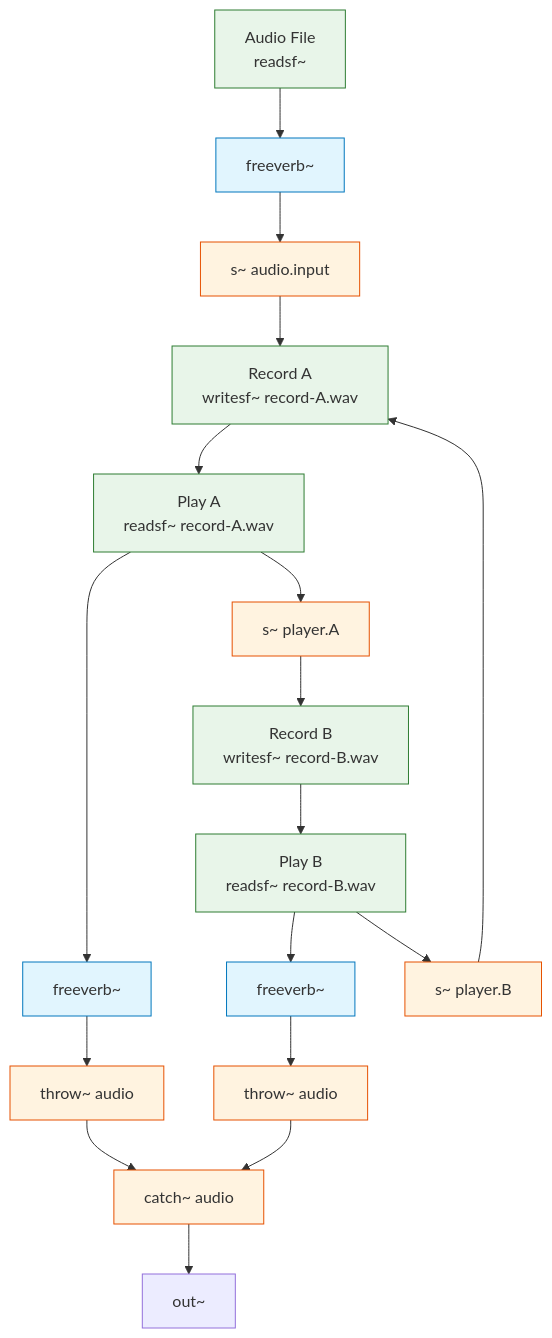
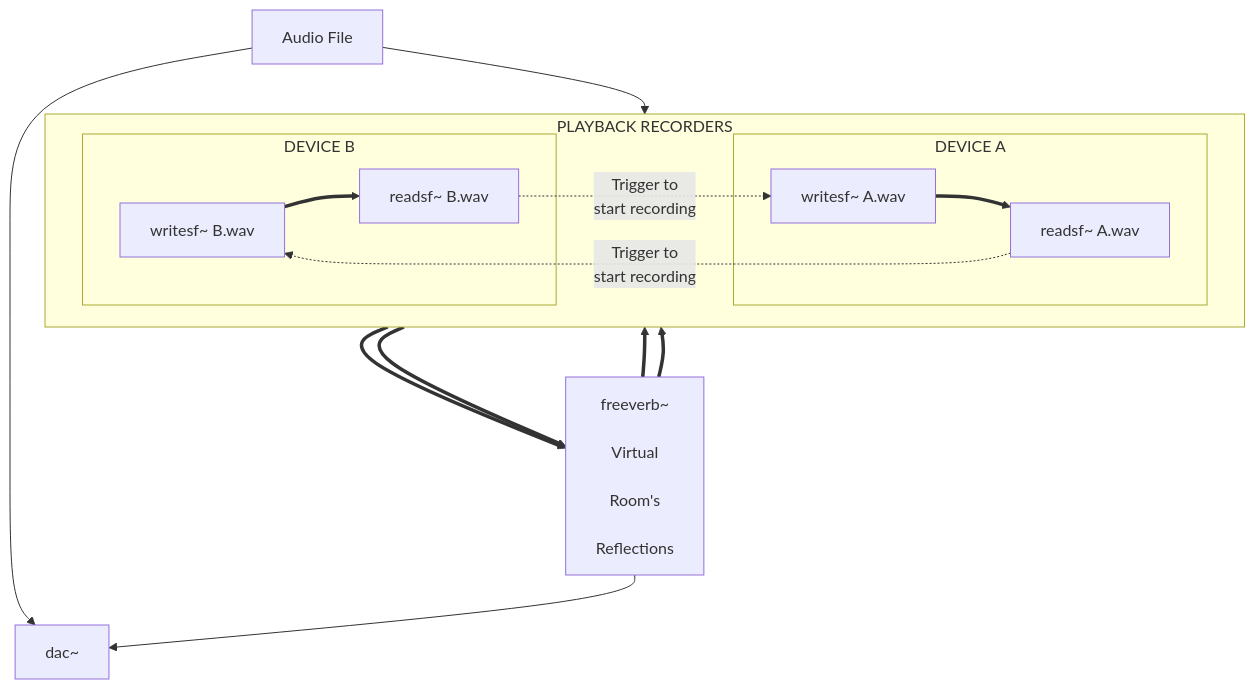
Before and after one commit to ezequielabregu/code-that-sounds: the second of 3 diagrams in chapters/playrec.qmd, drawn with Mermaid. The commit also changed other lines of this file and 7 other files, not shown here.

Commit message:
Fix mermaid diagrams on playrec.qmd

````diff
--- a/chapters/playrec.qmd
+++ b/chapters/playrec.qmd
@@ -214,26 +201,42 @@
 ```{mermaid}
-flowchart TD
-    AudioFile[Audio File<br>readsf~] --> Reverb1[freeverb~] --> AudioInput[s~ audio.input]
-    AudioInput --> RecordA[Record A<br>writesf~ record-A.wav]
-    RecordA --> PlayA[Play A<br>readsf~ record-A.wav]
-    PlayA --> Reverb2[freeverb~] 
-    PlayA --> PlayerA[s~ player.A]
-    Reverb2 --> ThrowAudio1[throw~ audio]
-    PlayerA --> RecordB[Record B<br>writesf~ record-B.wav]
-    RecordB --> PlayB[Play B<br>readsf~ record-B.wav]
-    PlayB --> Reverb3[freeverb~]
-    PlayB --> PlayerB[s~ player.B]
-    Reverb3 --> ThrowAudio2[throw~ audio]
-    PlayerB --> RecordA
-    ThrowAudio1 --> CatchAudio[catch~ audio]
-    ThrowAudio2 --> CatchAudio
-    CatchAudio --> Output[out~]
+flowchart TB
+  %% Top level source
+  AudioFile[Audio File]
+  
+  %% Horizontal arrangement of recorders A and B
+  subgraph PLAYBACK RECORDERS
+    direction LR
+    subgraph RecorderA [DEVICE A]
+      RecordA[writesf~ A.wav]
+      PlayA[readsf~ A.wav]
+      RecordA ==> PlayA
+    end
     
-    classDef reverb fill:#e1f5fe,stroke:#0277bd
-    classDef files fill:#e8f5e9,stroke:#2e7d32
-    classDef audio fill:#fff3e0,stroke:#e65100
-    
-    class Reverb1,Reverb2,Reverb3 reverb
-    class AudioFile,RecordA,PlayA,RecordB,PlayB files
-    class AudioInput,PlayerA,PlayerB,ThrowAudio1,ThrowAudio2,CatchAudio audio
+    subgraph RecorderB [DEVICE B]
+      RecordB[writesf~ B.wav]
+      PlayB[readsf~ B.wav]
+      RecordB ==> PlayB
+    end
+  end
+  
+  %% Reverb block in the middle
+  VirtualRoom[freeverb~<br><br>Virtual<br><br>Room's<br><br>Reflections]
+  
+  %% Output at the bottom  
+  Output[dac~]
+  
+  %% Clear connections showing signal flow
+  AudioFile --> RecordA
+  AudioFile --> Output
+  
+  PlayA ==> VirtualRoom
+  PlayB ==> VirtualRoom
+  
+  VirtualRoom ==> RecordB
+  VirtualRoom ==> RecordA
+  VirtualRoom --> Output
+  
+  %% Feedback path showing recursion
+  PlayB -.->|"Trigger to<br> start recording"| RecordA
+  PlayA -.->|"Trigger to<br> start recording"| RecordB
 ```
````
